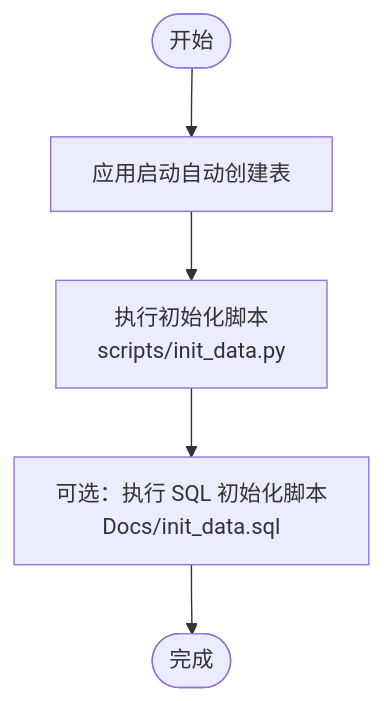
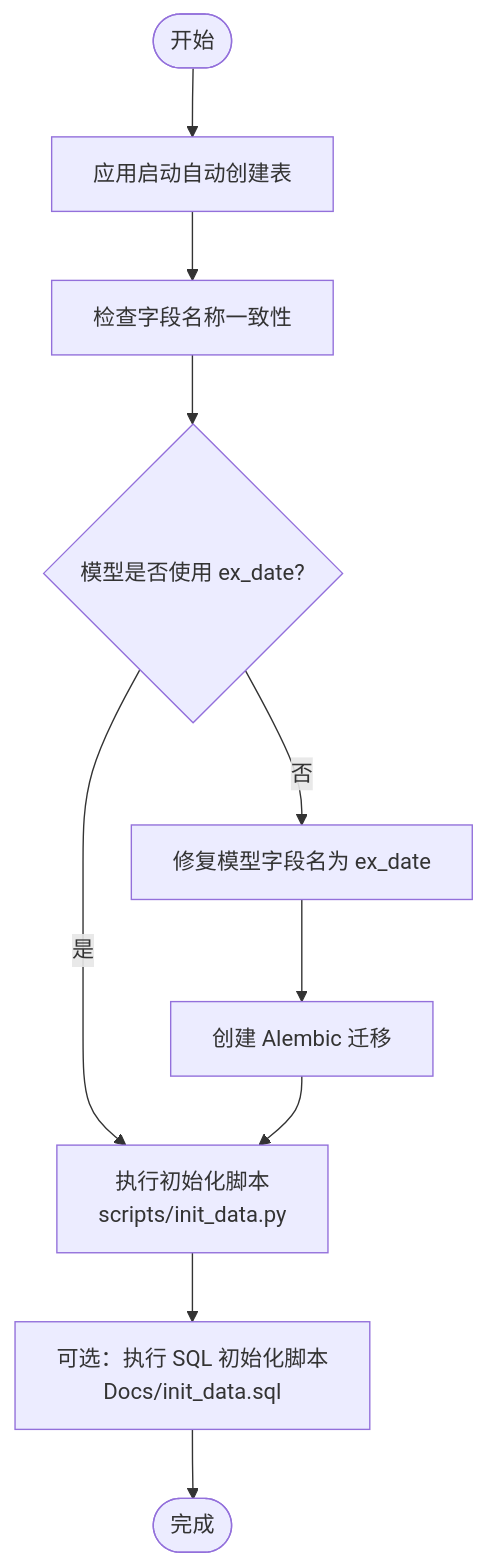
The third of 4 diagrams in .qoder/repowiki/zh/content/开发指南/部署指南/数据库部署.md (gujialind/InvestRing), drawn with Mermaid before and after one commit. The commit also changed other lines of this file and 42 other files, not shown here.

````diff
--- a/.qoder/repowiki/zh/content/开发指南/部署指南/数据库部署.md
+++ b/.qoder/repowiki/zh/content/开发指南/部署指南/数据库部署.md
@@ -195,7 +232,12 @@
 ```mermaid
 flowchart TD
 Start(["开始"]) --> AutoCreate["应用启动自动创建表"]
-AutoCreate --> InitScript["执行初始化脚本<br/>scripts/init_data.py"]
+AutoCreate --> CheckFields["检查字段名称一致性"]
+CheckFields --> ModelIssue{"模型是否使用 ex_date?"}
+ModelIssue --> |否| FixModel["修复模型字段名为 ex_date"]
+ModelIssue --> |是| InitScript["执行初始化脚本<br/>scripts/init_data.py"]
+FixModel --> CreateMigration["创建 Alembic 迁移"]
+CreateMigration --> InitScript
 InitScript --> SQLImport["可选：执行 SQL 初始化脚本<br/>Docs/init_data.sql"]
 SQLImport --> Done(["完成"])
 ```
````
